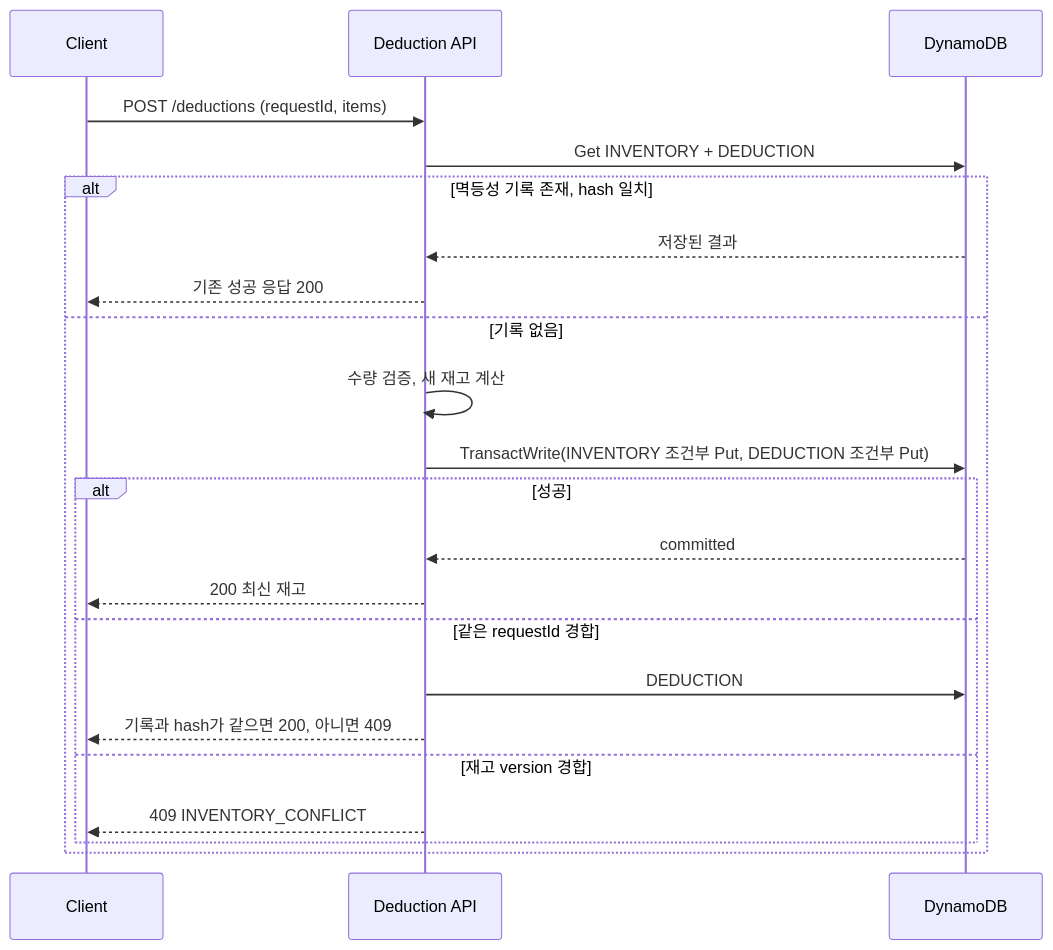
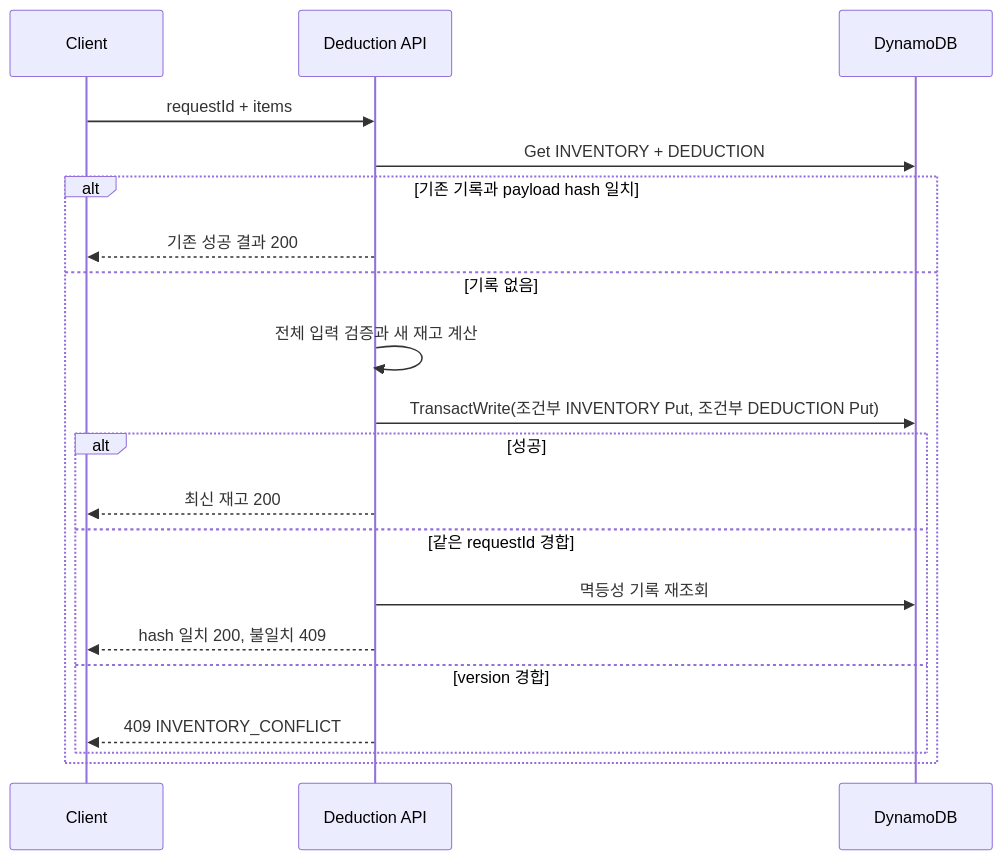
One commit to haramsong/kirothon-team-015 changed the fourth of 4 diagrams in .kiro/specs/refrigerator-management-mvp/design.md. Above: the diagram before and after it, drawn with Mermaid. The commit also changed other lines of this file and 61 other files, not shown here.

````diff
--- a/.kiro/specs/refrigerator-management-mvp/design.md
+++ b/.kiro/specs/refrigerator-management-mvp/design.md
@@ -288,24 +264,22 @@
 ```mermaid
 sequenceDiagram
     participant C as Client
     participant A as Deduction API
     participant D as DynamoDB
-    C->>A: POST /deductions (requestId, items)
+    C->>A: requestId + items
     A->>D: Get INVENTORY + DEDUCTION#requestId
-    alt 멱등성 기록 존재, hash 일치
-      D-->>A: 저장된 결과
-      A-->>C: 기존 성공 응답 200
+    alt 기존 기록과 payload hash 일치
+      A-->>C: 기존 성공 결과 200
     else 기록 없음
-      A->>A: 수량 검증, 새 재고 계산
-      A->>D: TransactWrite(INVENTORY 조건부 Put, DEDUCTION 조건부 Put)
+      A->>A: 전체 입력 검증과 새 재고 계산
+      A->>D: TransactWrite(조건부 INVENTORY Put, 조건부 DEDUCTION Put)
       alt 성공
-        D-->>A: committed
-        A-->>C: 200 최신 재고
+        A-->>C: 최신 재고 200
       else 같은 requestId 경합
-        A->>D: DEDUCTION#requestId 재조회
-        A-->>C: 기록과 hash가 같으면 200, 아니면 409
-      else 재고 version 경합
+        A->>D: 멱등성 기록 재조회
+        A-->>C: hash 일치 200, 불일치 409
+      else version 경합
         A-->>C: 409 INVENTORY_CONFLICT
       end
     end
 ```
````
